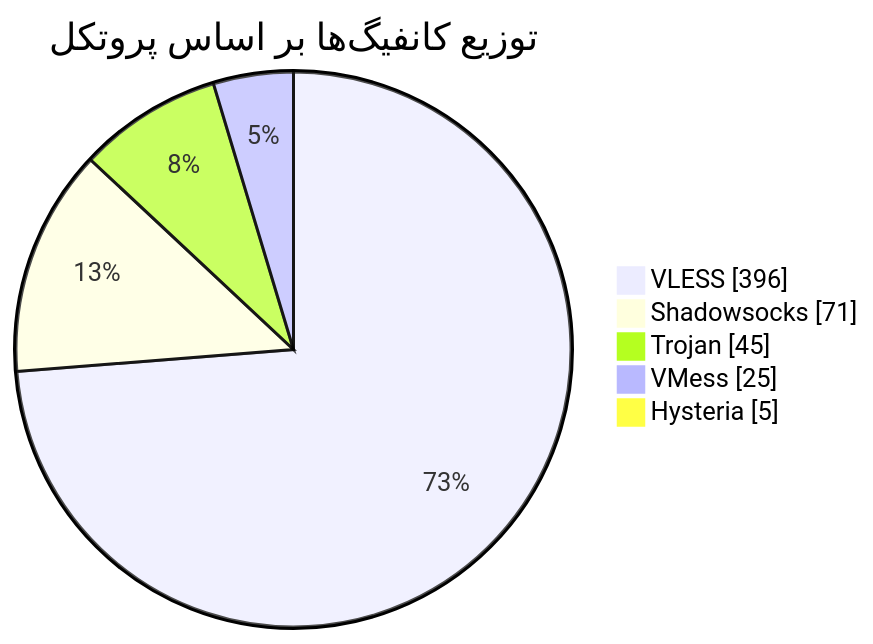
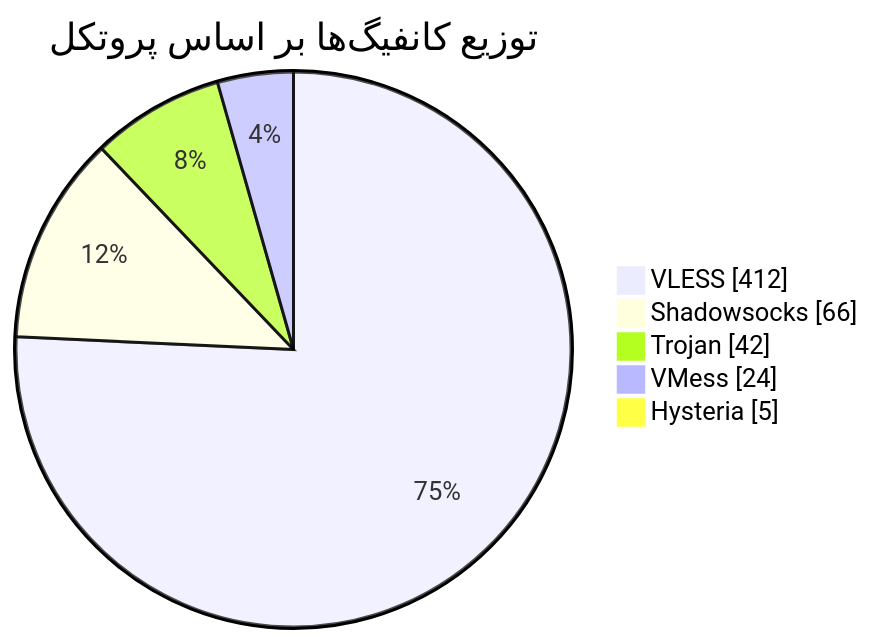
One commit to Arian-Alijani/Somthing changed the diagram in README.md. Above: the diagram before and after it, drawn with Mermaid. The commit also changed other lines of this file and 81 other files, not shown here.

````diff
--- a/README.md
+++ b/README.md
@@ -47,9 +47,9 @@
 ```mermaid
 pie showData
     title توزیع کانفیگ‌ها بر اساس پروتکل
-    "VLESS" : 396
-    "Shadowsocks" : 71
-    "Trojan" : 45
-    "VMess" : 25
+    "VLESS" : 412
+    "Shadowsocks" : 66
+    "Trojan" : 42
+    "VMess" : 24
     "Hysteria" : 5
 ```
````
